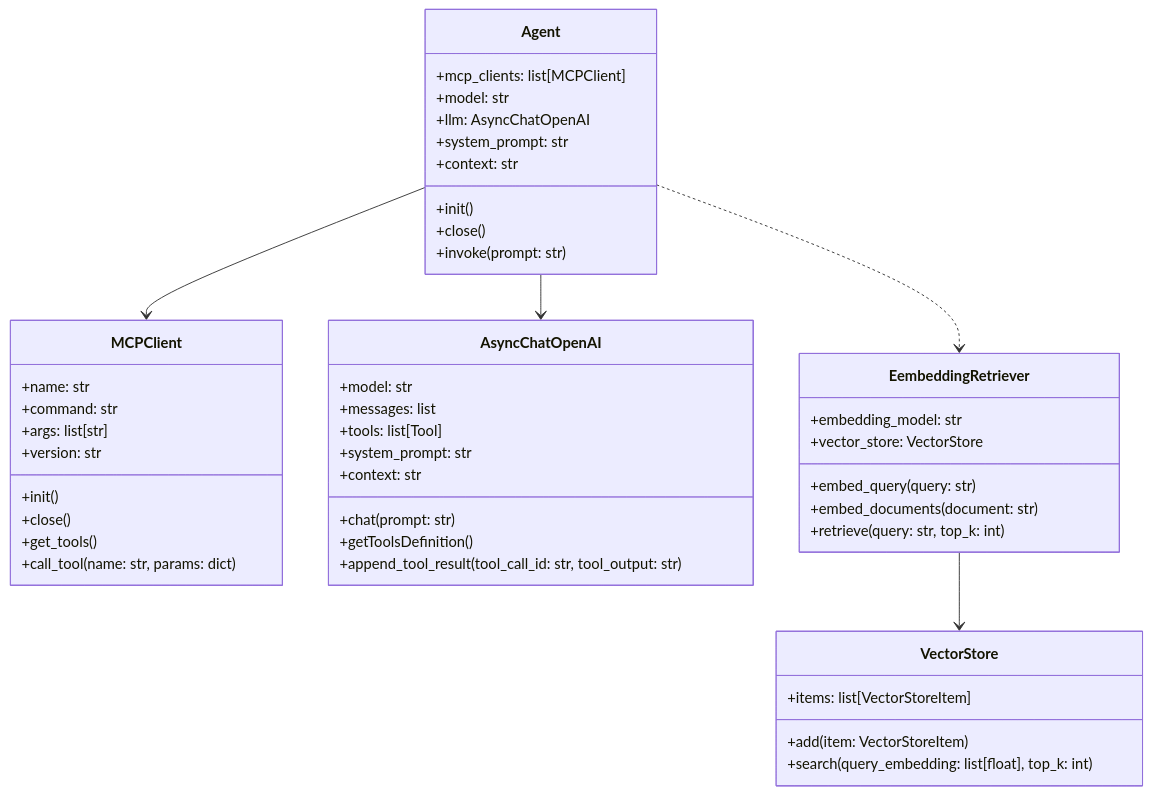
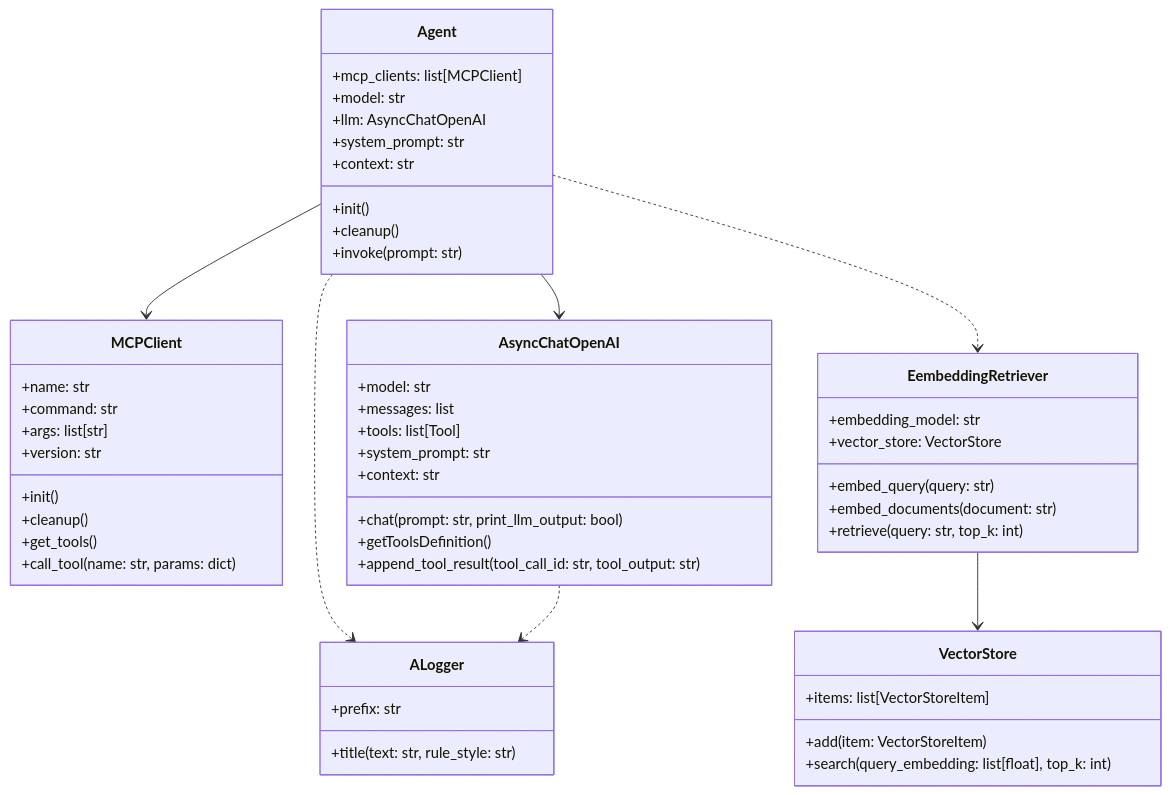
One commit to baller/SmartMap-Agent changed the second of 3 diagrams in README.md. Above: the diagram before and after it, drawn with Mermaid. The commit also changed other lines of this file, not shown here.

````diff
--- a/README.md
+++ b/README.md
@@ -38,54 +38,61 @@
 ```mermaid
 classDiagram
     class Agent {
         +mcp_clients: list[MCPClient]
         +model: str
         +llm: AsyncChatOpenAI
         +system_prompt: str
         +context: str
         +init()
-        +close()
+        +cleanup()
         +invoke(prompt: str)
     }
 
     class MCPClient {
         +name: str
         +command: str
         +args: list[str]
         +version: str
         +init()
-        +close()
+        +cleanup()
         +get_tools()
         +call_tool(name: str, params: dict)
     }
 
     class AsyncChatOpenAI {
         +model: str
         +messages: list
         +tools: list[Tool]
         +system_prompt: str
         +context: str
-        +chat(prompt: str)
+        +chat(prompt: str, print_llm_output: bool)
         +getToolsDefinition()
         +append_tool_result(tool_call_id: str, tool_output: str)
     }
 
     class EembeddingRetriever {
         +embedding_model: str
         +vector_store: VectorStore
         +embed_query(query: str)
         +embed_documents(document: str)
         +retrieve(query: str, top_k: int)
     }
 
     class VectorStore {
         +items: list[VectorStoreItem]
         +add(item: VectorStoreItem)
         +search(query_embedding: list[float], top_k: int)
     }
 
+    class ALogger {
+        +prefix: str
+        +title(text: str, rule_style: str)
+    }
+
     Agent --> MCPClient
     Agent --> AsyncChatOpenAI
     Agent ..> EembeddingRetriever
     EembeddingRetriever --> VectorStore
+    Agent ..> ALogger
+    AsyncChatOpenAI ..> ALogger
 ```
````
